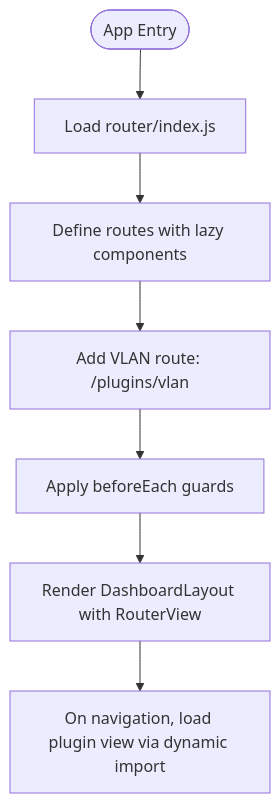
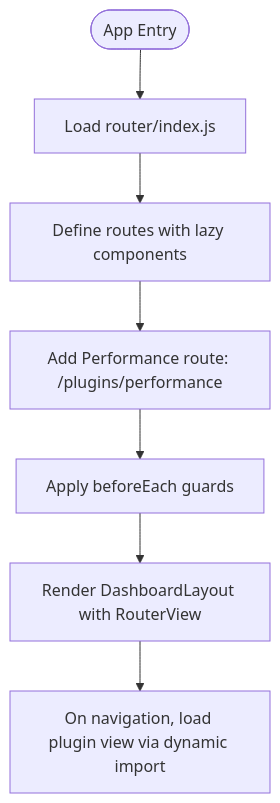
Before and after one commit to Nikita5543/New-SSO-02: the seventh of 11 diagrams in .qoder/repowiki/en/content/Plugin System Architecture/Frontend Plugin Integration.md, drawn with Mermaid. The commit also changed other lines of this file and 3 other files, not shown here.

````diff
--- a/.qoder/repowiki/en/content/Plugin System Architecture/Frontend Plugin Integration.md
+++ b/.qoder/repowiki/en/content/Plugin System Architecture/Frontend Plugin Integration.md
@@ -314,9 +311,9 @@
 ```mermaid
 flowchart TD
 Entry(["App Entry"]) --> LoadRouter["Load router/index.js"]
 LoadRouter --> DefineRoutes["Define routes with lazy components"]
-DefineRoutes --> AddVLAN["Add VLAN route: /plugins/vlan"]
-AddVLAN --> Guard["Apply beforeEach guards"]
+DefineRoutes --> AddPerformance["Add Performance route: /plugins/performance"]
+AddPerformance --> Guard["Apply beforeEach guards"]
 Guard --> Render["Render DashboardLayout with RouterView"]
 Render --> Lazy["On navigation, load plugin view via dynamic import"]
 ```
````
